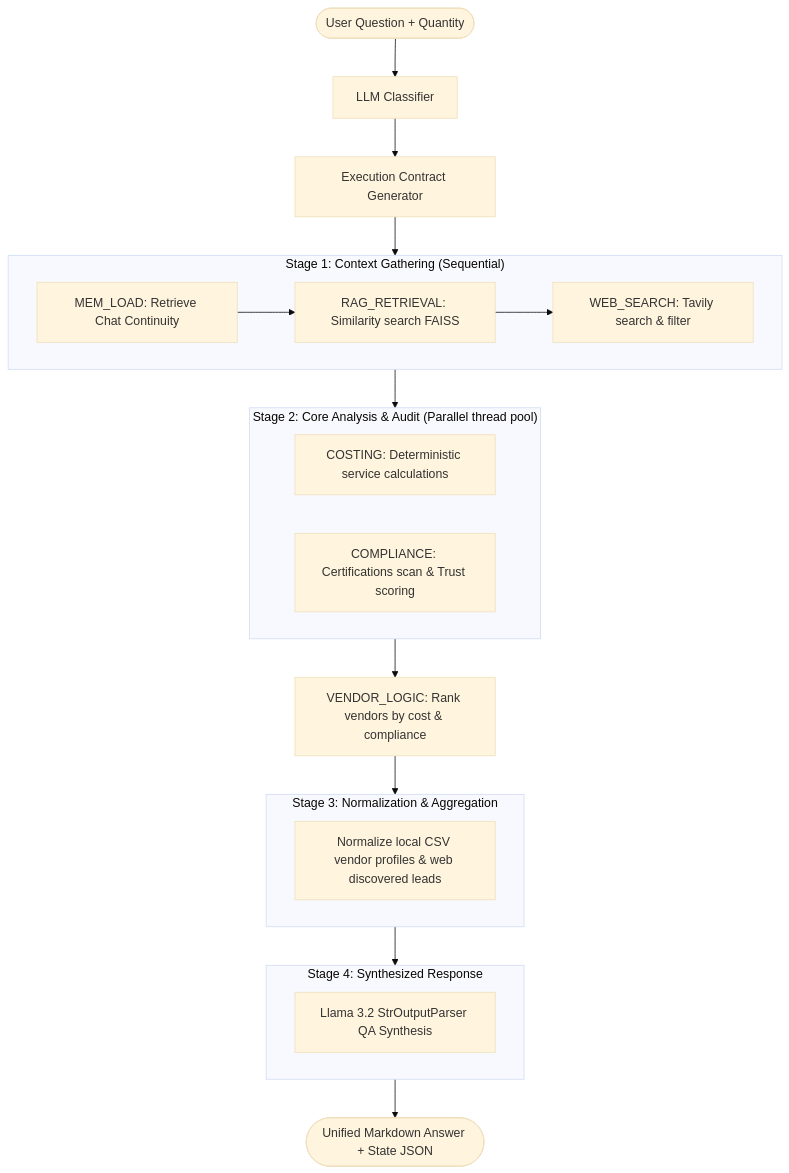
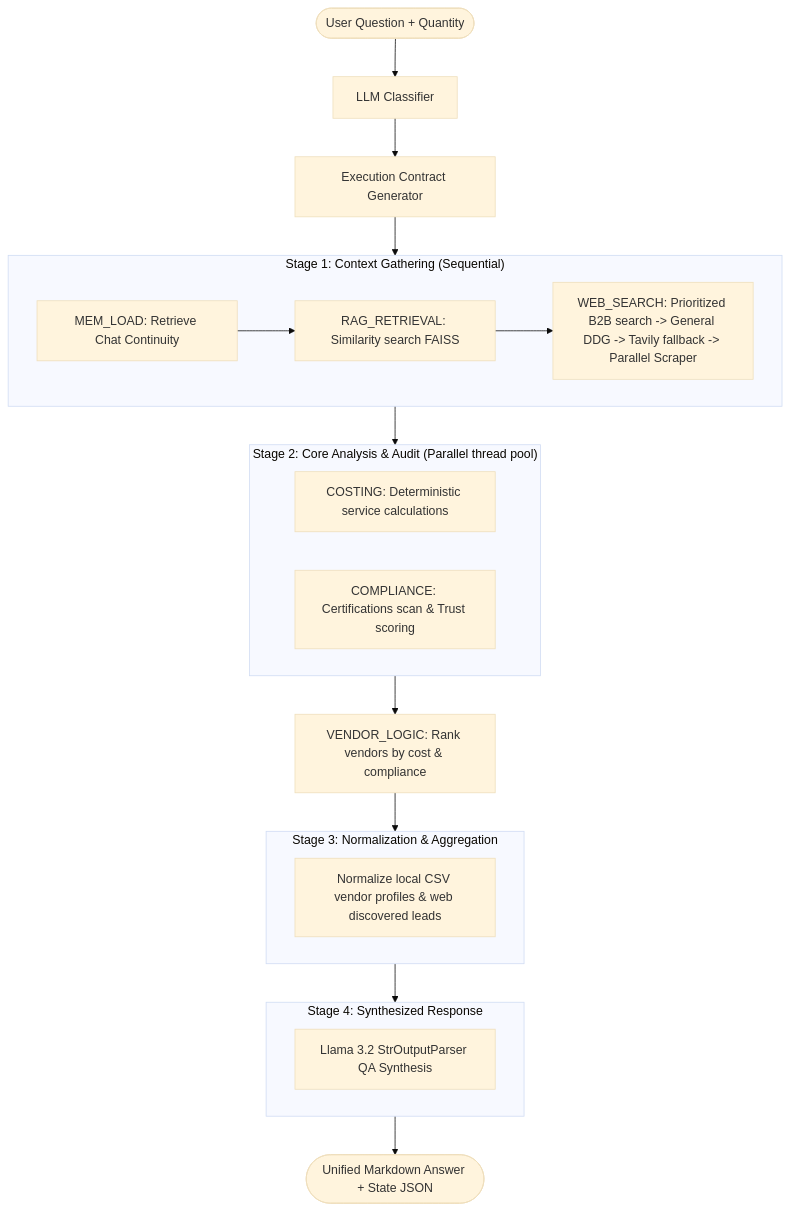
One commit to akash121bera-svg/service_cost_v2 changed the second of 5 diagrams in docs/flow_diagram.md. Above: the diagram before and after it, drawn with Mermaid (base theme). The commit also changed other lines of this file and 1 other file, not shown here.

Commit message:
docs: update flow diagram and project workflow blueprint with hybrid search priorities and parallel scraping

````diff
--- a/docs/flow_diagram.md
+++ b/docs/flow_diagram.md
@@ -98,35 +98,35 @@
 ```mermaid
 flowchart TD
     In([User Question + Quantity]) --> Step1[LLM Classifier]
     Step1 --> Step2[Execution Contract Generator]
     
     subgraph S1["Stage 1: Context Gathering (Sequential)"]
         S1_1[MEM_LOAD: Retrieve Chat Continuity] --> S1_2[RAG_RETRIEVAL: Similarity search FAISS]
-        S1_2 --> S1_3[WEB_SEARCH: Tavily search & filter]
+        S1_2 --> S1_3[WEB_SEARCH: Prioritized B2B search -> General DDG -> Tavily fallback -> Parallel Scraper]
     end
     
     Step2 --> S1
     
     subgraph S2["Stage 2: Core Analysis & Audit (Parallel thread pool)"]
         direction LR
         S2_Cost["COSTING: Deterministic service calculations"]
         S2_Comp["COMPLIANCE: Certifications scan & Trust scoring"]
     end
     
     S1 --> S2
     
     S2 --> S2_Dep[VENDOR_LOGIC: Rank vendors by cost & compliance]
     
     subgraph S3["Stage 3: Normalization & Aggregation"]
         S3_Norm[Normalize local CSV vendor profiles & web discovered leads]
     end
     
     S2_Dep --> S3
     
     subgraph S4["Stage 4: Synthesized Response"]
         S4_Synth[Llama 3.2 StrOutputParser QA Synthesis]
     end
     
     S3 --> S4
     S4 --> Out([Unified Markdown Answer + State JSON])
 ```
````
